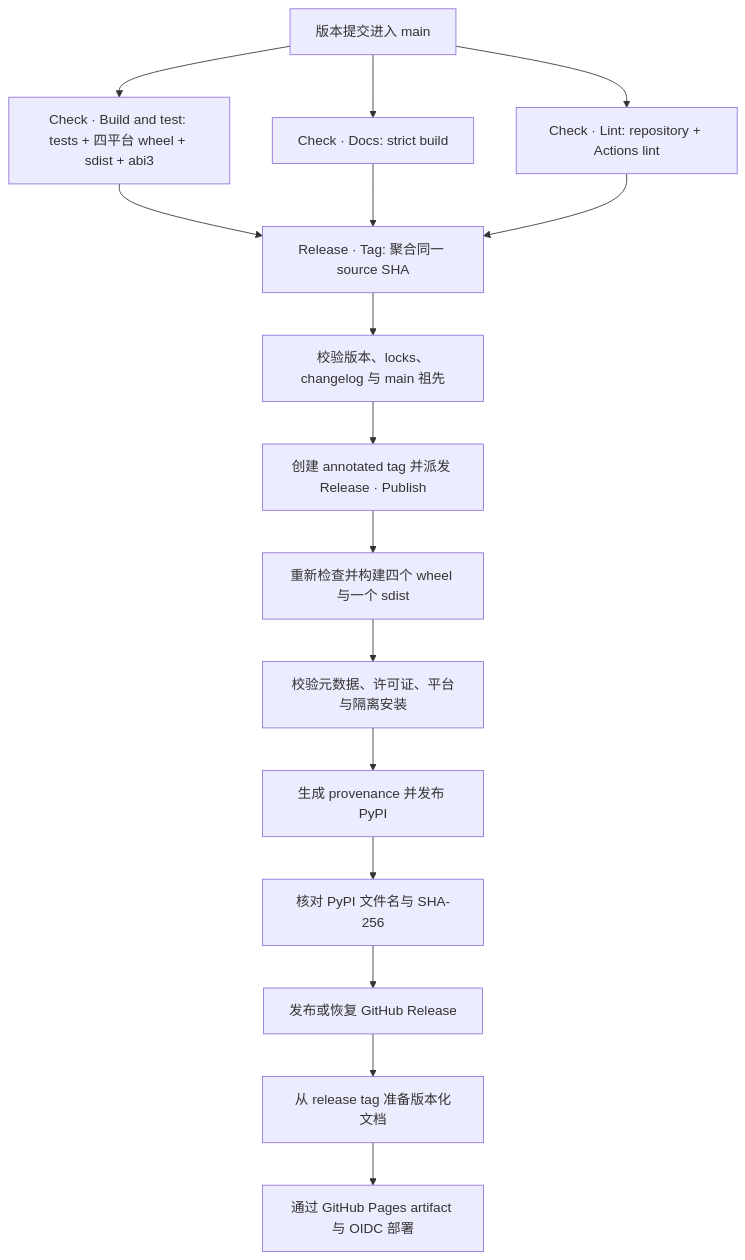
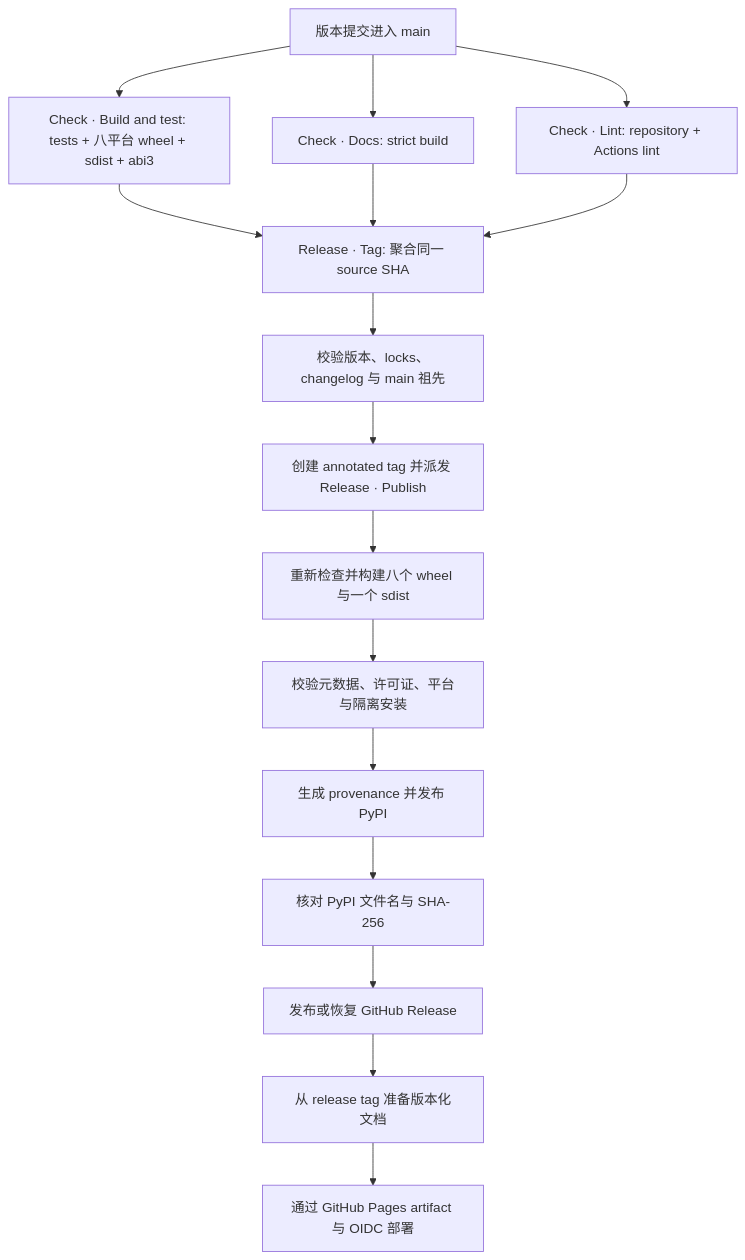
One commit to BalconyJH/takumi-py changed the diagram in docs/zh/maintainers/releasing.md. Above: the diagram before and after it, drawn with Mermaid. The commit also changed other lines of this file and 10 other files, not shown here.

````diff
--- a/docs/zh/maintainers/releasing.md
+++ b/docs/zh/maintainers/releasing.md
@@ -71,18 +71,18 @@
 ```mermaid
 flowchart TD
-    M["版本提交进入 main"] --> C["Check · Build and test: tests + 四平台 wheel + sdist + abi3"]
+    M["版本提交进入 main"] --> C["Check · Build and test: tests + 八平台 wheel + sdist + abi3"]
     M --> D["Check · Docs: strict build"]
     M --> K["Check · Lint: repository + Actions lint"]
     C --> T["Release · Tag: 聚合同一 source SHA"]
     D --> T
     K --> T
     T --> V["校验版本、locks、changelog 与 main 祖先"]
     V --> G["创建 annotated tag 并派发 Release · Publish"]
-    G --> B["重新检查并构建四个 wheel 与一个 sdist"]
+    G --> B["重新检查并构建八个 wheel 与一个 sdist"]
     B --> A["校验元数据、许可证、平台与隔离安装"]
     A --> P["生成 provenance 并发布 PyPI"]
     P --> H["核对 PyPI 文件名与 SHA-256"]
     H --> R["发布或恢复 GitHub Release"]
     R --> X["从 release tag 准备版本化文档"]
     X --> Y["通过 GitHub Pages artifact 与 OIDC 部署"]
 ```
````
